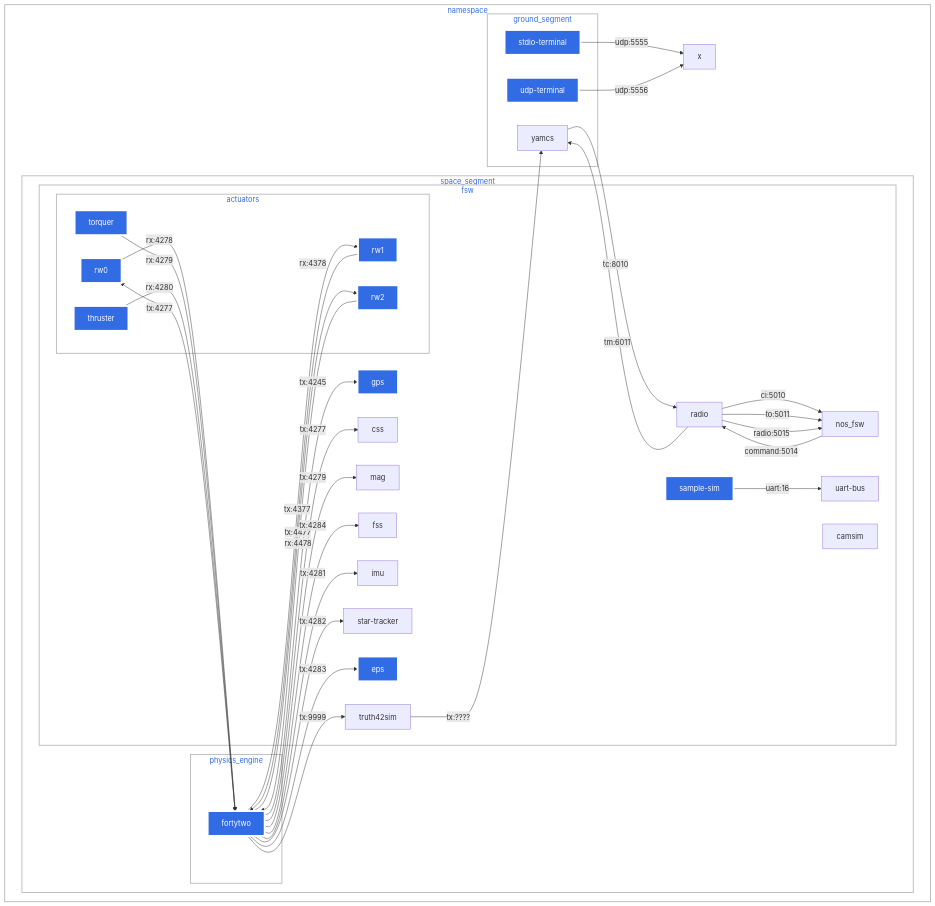
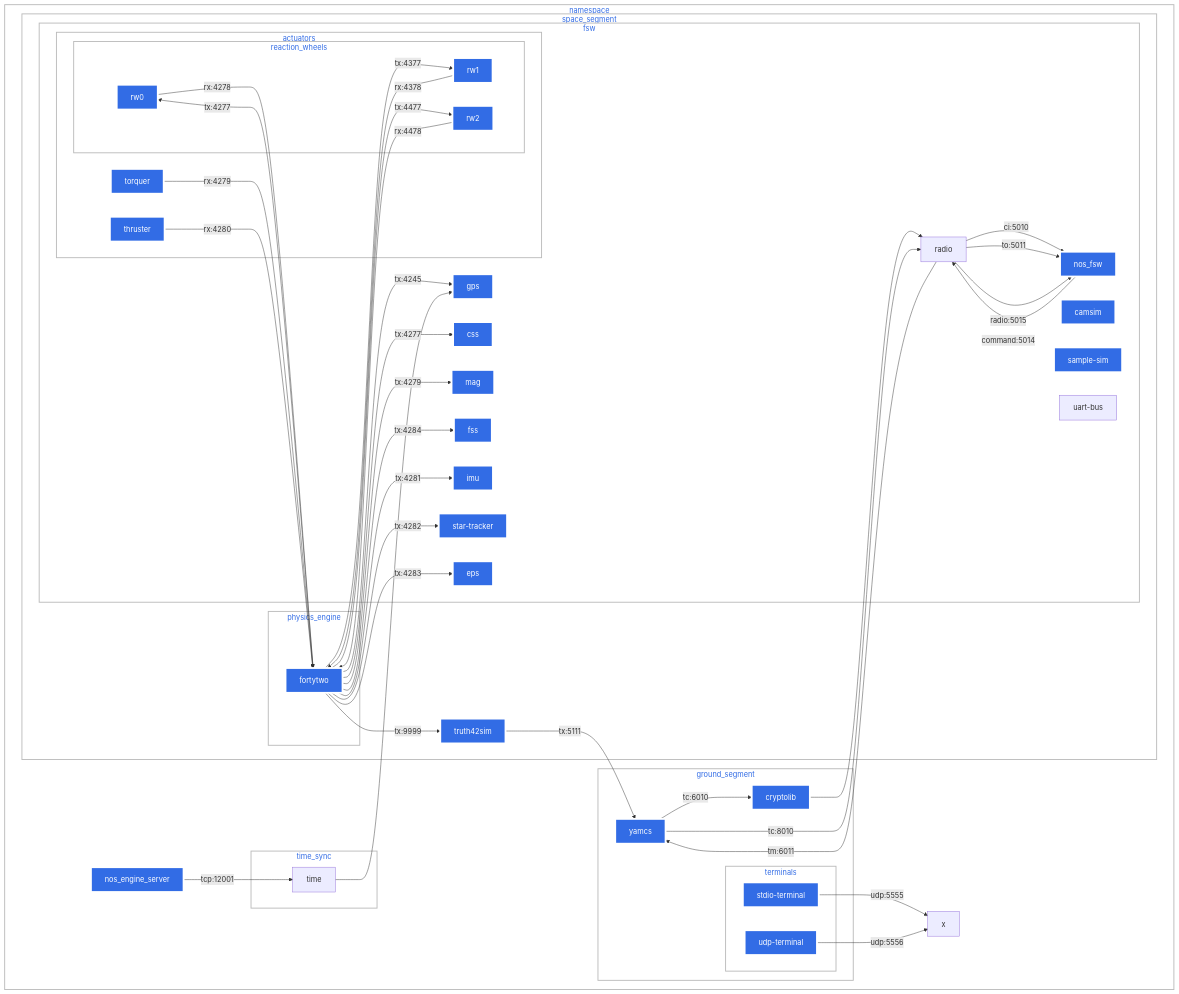
Before and after one commit to haisamido/nos3: the first of 2 diagrams in deployments/README.md, drawn with Mermaid.

Commit message:
added more details to graph

````diff
--- a/deployments/README.md
+++ b/deployments/README.md
@@ -35,7 +35,7 @@
   fortytwo[fortytwo]-->|tx:4279|mag
 
   fortytwo[fortytwo]-->|tx:9999|truth42sim
-  truth42sim-->|tx:????|yamcs
+  truth42sim-->|tx:5111|yamcs
 
   fortytwo[fortytwo]-->|tx:4284|fss
 
@@ -48,6 +48,9 @@
   radio-->|ci:5010|nos_fsw
   radio-->|to:5011|nos_fsw
   radio-->|radio:5015|nos_fsw
+
+  yamcs-->|tc:6010|cryptolib-->radio
+
   nos_fsw-->|command:5014|radio
 
   radio-->|tm:6011|yamcs
@@ -56,30 +59,44 @@
   %% camsim-->|60|i2c:2
   %% camsim-->|0|spi
 
-  %% nos_engine_server-->|tcp:12001|time-->gps
+  nos_engine_server-->|tcp:12001|time-->gps
   stdio-terminal-->|udp:5555|x
   udp-terminal-->|udp:5556|x
-  sample-sim-->|uart:16|uart-bus
+  %% sample-sim-->|uart:16|uart-bus
 
   %% actuators
   %% sensors
 
-  subgraph actuators
+  subgraph time_sync
+    time
+
+end
+
+  subgraph reaction_wheels
     rw0;
     rw1;
     rw2;
+  end
+
+  subgraph actuators
+    reaction_wheels
     thruster;
     torquer;
   end
 
   subgraph ground_segment
     yamcs;
-    stdio-terminal;
-    udp-terminal;
+    terminals;
+    cryptolib;
   end
 
   subgraph physics_engine
     fortytwo
+  end
+
+  subgraph terminals
+    stdio-terminal;
+    udp-terminal;
   end
 
   subgraph fsw
@@ -96,7 +113,6 @@
     thruster
     torquer
     radio
-    truth42sim
     sample-sim
     uart-bus
     nos_fsw
@@ -105,6 +121,7 @@
   subgraph space_segment
     physics_engine
     fsw
+    truth42sim
   end
   %% subgraph sensors
   %%   start-tracker
@@ -116,12 +133,17 @@
   classDef k8s fill:#326ce5,stroke:#fff,stroke-width:4px,color:#fff;
   classDef cluster fill:#fff,stroke:#bbb,stroke-width:2px,color:#326ce5;
   classDef rw fill:#326ce5,stroke:#fff,stroke-width:4px,color:#fff;
-  %% classDef tx fill:#ddd,color:#fff;
 
-  class fortytwo,gps,stdio-terminal,udp-terminal,sample-sim,eps,torquer,thruster k8s;
+  class fortytwo,gps,stdio-terminal,udp-terminal,sample-sim,eps,torquer,thruster,camsim,yamcs,cryptolib,css,mag,fss,imu,eps,star-tracker k8s;
+
+  class truth42sim k8s;
+  class nos_engine_server k8s;
+  class nos_fsw k8s;
+
   class rw0,rw1,rw2 rw;
-  %% class tx tx
 
   class client plain;
   class cluster cluster;
+
+  
 ```
````
